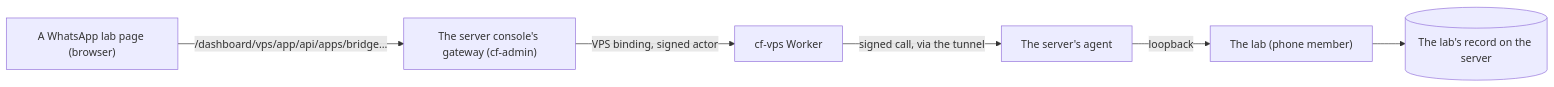
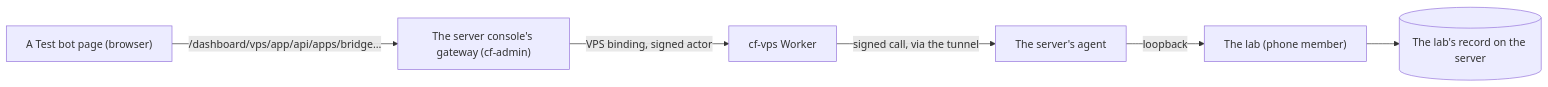
One commit to Harshil8136/chess-game1 changed the diagram in synced-docs/cf-admin/documentation/features/WHATSAPP-LAB.md. Above: the diagram before and after it, drawn with Mermaid. The commit also changed other lines of this file and 5 other files, not shown here.

````diff
--- a/synced-docs/cf-admin/documentation/features/WHATSAPP-LAB.md
+++ b/synced-docs/cf-admin/documentation/features/WHATSAPP-LAB.md
@@ -238,8 +244,8 @@
 ```mermaid
 flowchart LR
-    P["A WhatsApp lab page (browser)"] -->|"/dashboard/vps/app/api/apps/bridge…"| G["The server console's gateway (cf-admin)"]
+    P["A Test bot page (browser)"] -->|"/dashboard/vps/app/api/apps/bridge…"| G["The server console's gateway (cf-admin)"]
     G -->|"VPS binding, signed actor"| W["cf-vps Worker"]
     W -->|"signed call, via the tunnel"| A["The server's agent"]
     A -->|"loopback"| L["The lab (phone member)"]
     L --> R[("The lab's record on the server")]
 ```
````
